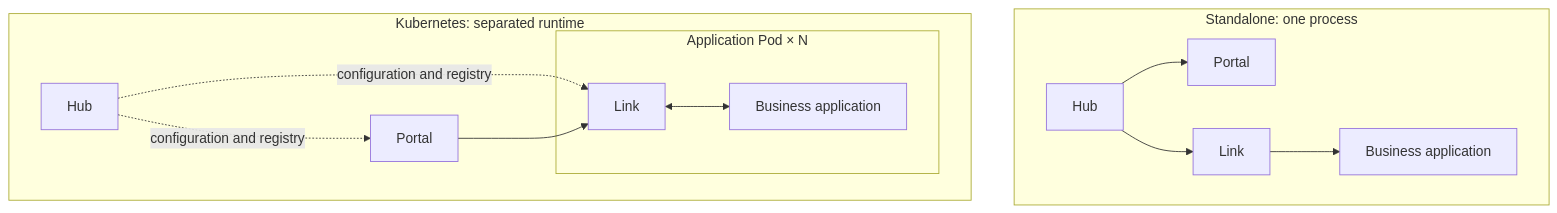
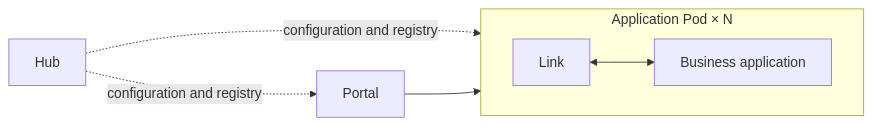
One commit to yorun-ai/vine-site changed the second of 5 diagrams in docs/runtime/mechanisms.md. Above: the diagram before and after it, drawn with Mermaid. The commit also changed other lines of this file and 6 other files, not shown here.

````diff
--- a/docs/runtime/mechanisms.md
+++ b/docs/runtime/mechanisms.md
@@ -32,20 +42,12 @@
 ```mermaid
-flowchart TB
-  subgraph Single["Standalone: one process"]
+flowchart LR
+  KHub["Hub"]
+  KPortal["Portal"]
+  subgraph Pod["Application Pod × N"]
     direction LR
-    SHub["Hub"] --> SPortal["Portal"]
-    SHub --> SLink["Link"] --> SApp["Business application"]
+    KLink["Link"] <--> KApp["Business application"]
   end
-
-  subgraph Cluster["Kubernetes: separated runtime"]
-    direction LR
-    KHub["Hub"]
-    KPortal["Portal"]
-    subgraph Pod["Application Pod × N"]
-      KLink["Link"] <--> KApp["Business application"]
-    end
-    KHub -. configuration and registry .-> KPortal
-    KHub -. configuration and registry .-> KLink
-    KPortal --> KLink
-  end
+  KHub -. configuration and registry .-> KPortal
+  KHub -. configuration and registry .-> KLink
+  KPortal --> KLink
 ```
````
